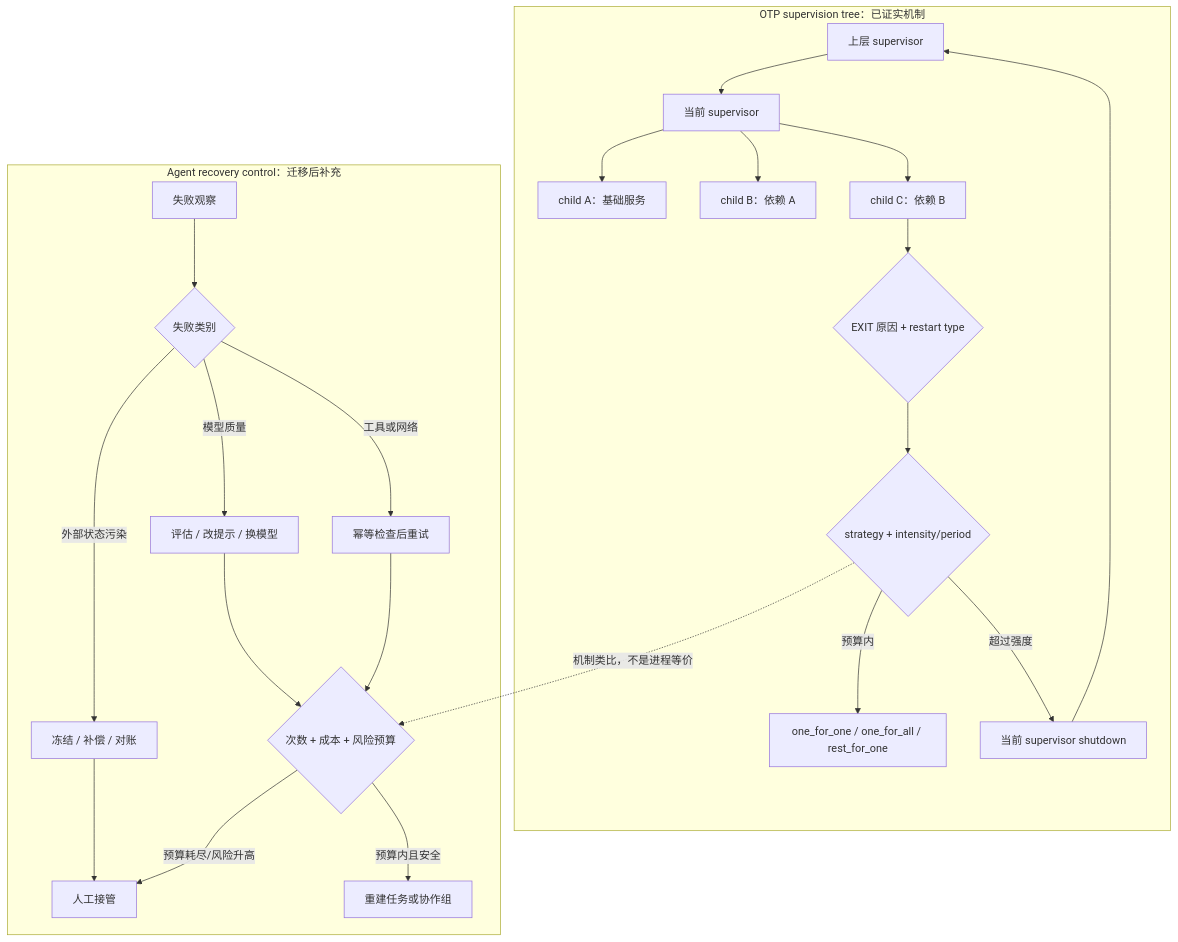
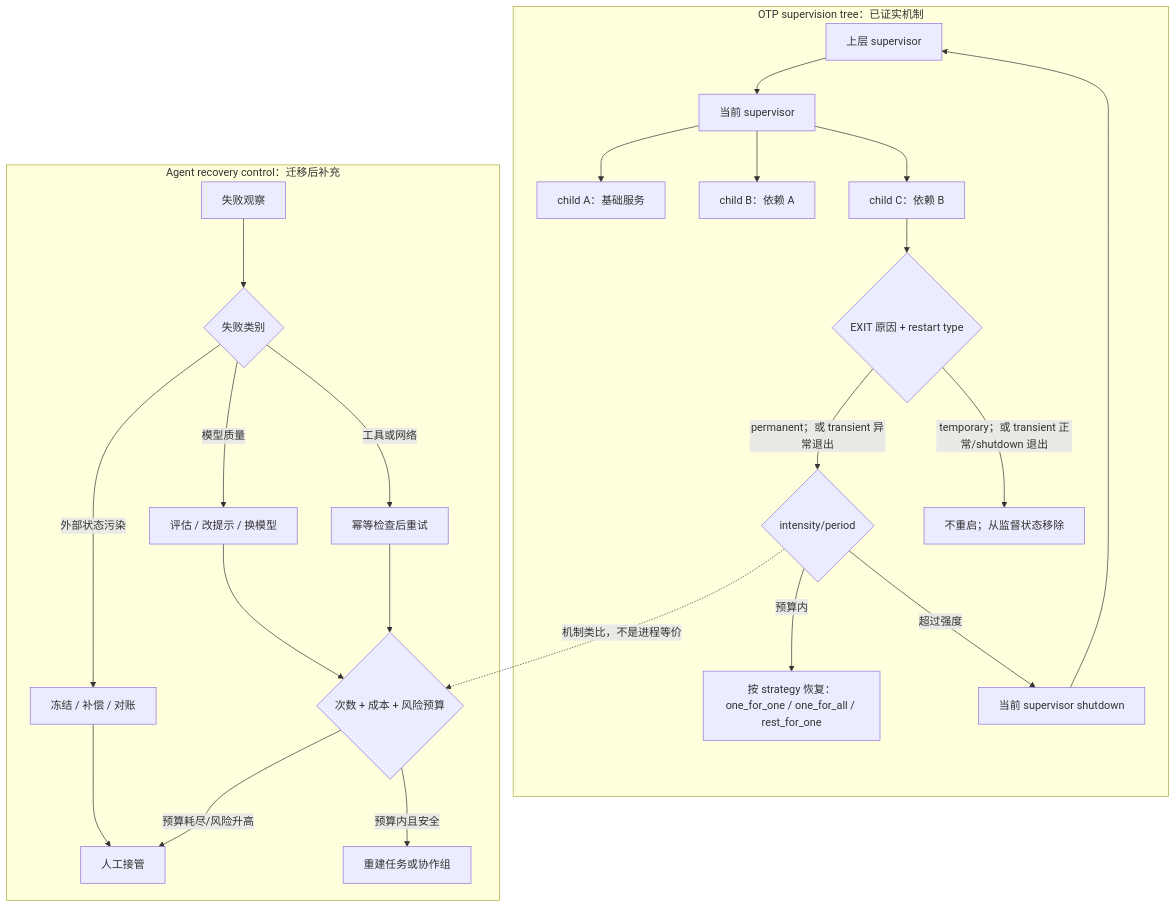
One commit to sealday/agentic-architecture-atlas changed the diagram in content/cases/erlang-otp-supervision-tree.mdx. Above: the diagram before and after it, drawn with Mermaid. The commit also changed other lines of this file, not shown here.

Commit message:
Fix Erlang supervision recovery flow

````diff
--- a/content/cases/erlang-otp-supervision-tree.mdx
+++ b/content/cases/erlang-otp-supervision-tree.mdx
@@ -114,28 +114,29 @@
 ```mermaid
 flowchart TB
     subgraph OTP["OTP supervision tree：已证实机制"]
         P["上层 supervisor"] --> S["当前 supervisor"]
         S --> A["child A：基础服务"]
         S --> B["child B：依赖 A"]
         S --> C["child C：依赖 B"]
         C --> X{"EXIT 原因 + restart type"}
-        X --> R{"strategy + intensity/period"}
-        R -->|"预算内"| A1["one_for_one / one_for_all / rest_for_one"]
+        X -->|"permanent；或 transient 异常退出"| R{"intensity/period"}
+        X -->|"temporary；或 transient 正常/shutdown 退出"| N["不重启；从监督状态移除"]
+        R -->|"预算内"| A1["按 strategy 恢复：one_for_one / one_for_all / rest_for_one"]
         R -->|"超过强度"| SD["当前 supervisor shutdown"]
         SD --> P
     end
 
     subgraph AG["Agent recovery control：迁移后补充"]
         F["失败观察"] --> K{"失败类别"}
         K -->|"模型质量"| E["评估 / 改提示 / 换模型"]
         K -->|"工具或网络"| I["幂等检查后重试"]
         K -->|"外部状态污染"| C1["冻结 / 补偿 / 对账"]
         E --> B1{"次数 + 成本 + 风险预算"}
         I --> B1
         C1 --> H["人工接管"]
         B1 -->|"预算内且安全"| RR["重建任务或协作组"]
         B1 -->|"预算耗尽/风险升高"| H
     end
 
     R -. "机制类比，不是进程等价" .-> B1
 ```
````
